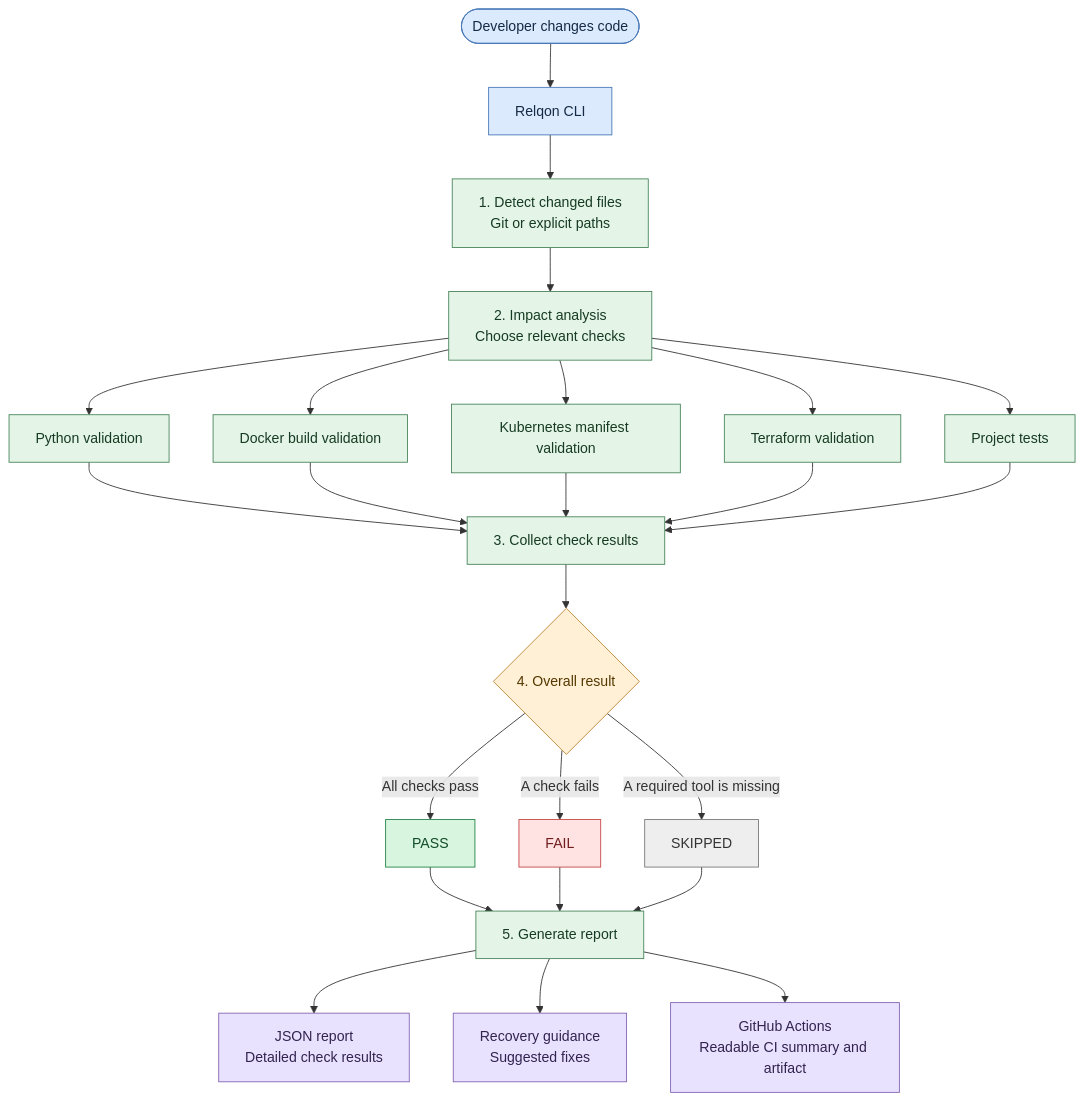
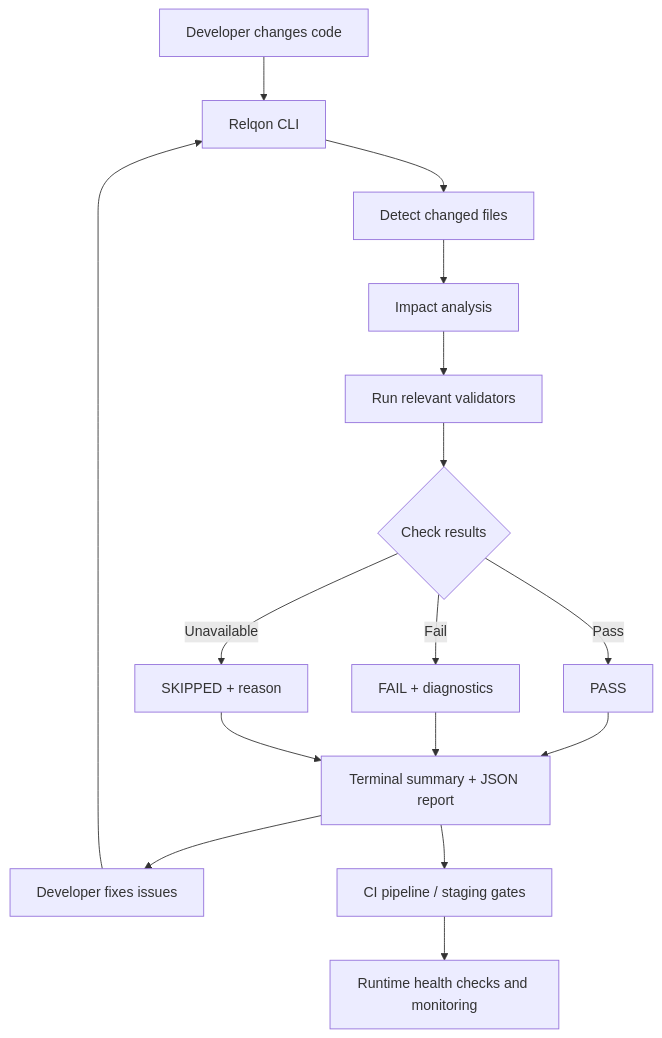
The diagram in README.md (vijayreddy8/relqon), drawn with Mermaid before and after one commit. The commit also changed other lines of this file, not shown here.

Commit message:
Document application DevOps validation workflow

````diff
--- a/README.md
+++ b/README.md
@@ -20,47 +227,18 @@
 ```mermaid
 flowchart TD
-    A(["Developer changes code"]) --> B["Relqon CLI"]
-    B --> C["1. Detect changed files<br/>Git or explicit paths"]
-    C --> D["2. Impact analysis<br/>Choose relevant checks"]
-
-    D --> E["Python validation"]
-    D --> F["Docker build validation"]
-    D --> G["Kubernetes manifest validation"]
-    D --> H["Terraform validation"]
-    D --> I["Project tests"]
-
-    E --> J["3. Collect check results"]
-    F --> J
-    G --> J
+    A["Developer changes code"] --> B["Relqon CLI"]
+    B --> C["Detect changed files"]
+    C --> D["Impact analysis"]
+    D --> E["Run relevant validators"]
+    E --> F{"Check results"}
+    F -->|Pass| G["PASS"]
+    F -->|Fail| H["FAIL + diagnostics"]
+    F -->|Unavailable| I["SKIPPED + reason"]
+    G --> J["Terminal summary + JSON report"]
     H --> J
     I --> J
-
-    J --> K{"4. Overall result"}
-    K -->|All checks pass| L["PASS"]
-    K -->|A check fails| M["FAIL"]
-    K -->|A required tool is missing| N["SKIPPED"]
-
-    L --> O["5. Generate report"]
-    M --> O
-    N --> O
-
-    O --> P["JSON report<br/>Detailed check results"]
-    O --> Q["Recovery guidance<br/>Suggested fixes"]
-    O --> R["GitHub Actions<br/>Readable CI summary and artifact"]
-
-    classDef start fill:#dceafe,stroke:#4778b8,color:#142b45
-    classDef process fill:#e4f5e8,stroke:#47845a,color:#173b22
-    classDef decision fill:#fff0d6,stroke:#bd8531,color:#543800
-    classDef success fill:#d7f5df,stroke:#218344,color:#124b27
-    classDef failure fill:#ffe2e2,stroke:#c74444,color:#711d1d
-    classDef skipped fill:#eeeeee,stroke:#777777,color:#333333
-    classDef output fill:#e9e2ff,stroke:#8063b2,color:#32234f
-
-    class A,B start
-    class C,D,E,F,G,H,I,J,O process
-    class K decision
-    class L success
-    class M failure
-    class N skipped
-    class P,Q,R output
+    J --> K["Developer fixes issues"]
+    K --> B
+    J --> L["CI pipeline / staging gates"]
+    L --> M["Runtime health checks and monitoring"]
 ```
````
